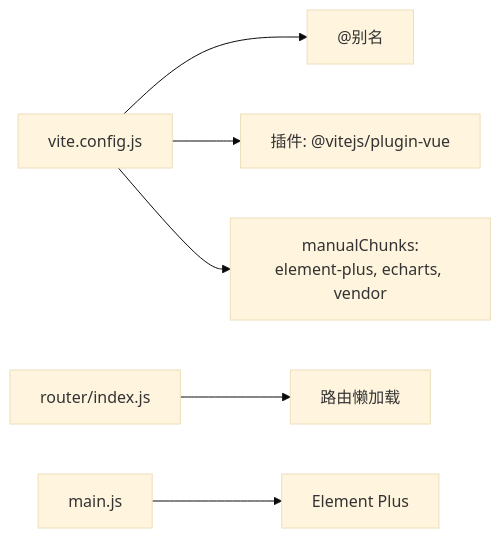
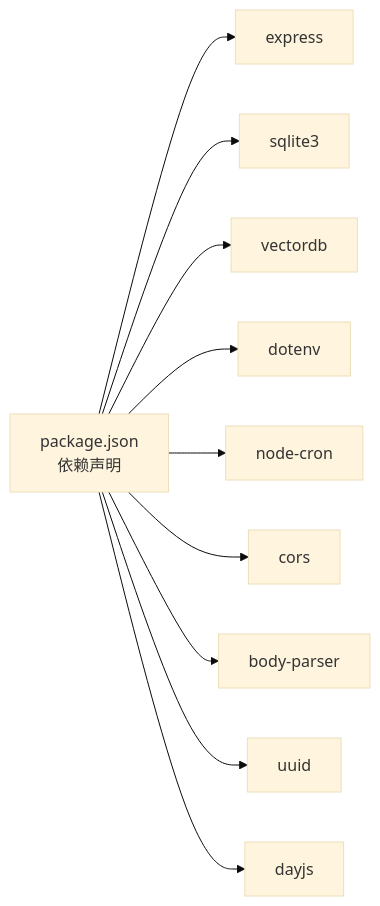
The sixth of 6 diagrams in NL2SQL/.qoder/repowiki/zh/content/部署与运维/性能调优.md (HanHuiOnLine/724-office), drawn with Mermaid (base theme) before and after one commit. The commit also changed other lines of this file and 207 other files, not shown here.

````diff
--- a/NL2SQL/.qoder/repowiki/zh/content/部署与运维/性能调优.md
+++ b/NL2SQL/.qoder/repowiki/zh/content/部署与运维/性能调优.md
@@ -280,8 +286,12 @@
 ```mermaid
 graph LR
-Vite["vite.config.js"] --> Alias["@别名"]
-Vite --> Plugins["插件: @vitejs/plugin-vue"]
-Vite --> Rollup["manualChunks:<br/>element-plus, echarts, vendor"]
-Router["router/index.js"] --> Lazy["路由懒加载"]
-Main["main.js"] --> EP["Element Plus"]
+PKG["package.json<br/>依赖声明"] --> EXP["express"]
+PKG --> SQ3["sqlite3"]
+PKG --> VDB["vectordb"]
+PKG --> DOT["dotenv"]
+PKG --> CRON["node-cron"]
+PKG --> CORS["cors"]
+PKG --> BP["body-parser"]
+PKG --> UUID["uuid"]
+PKG --> DAY["dayjs"]
 ```
````
